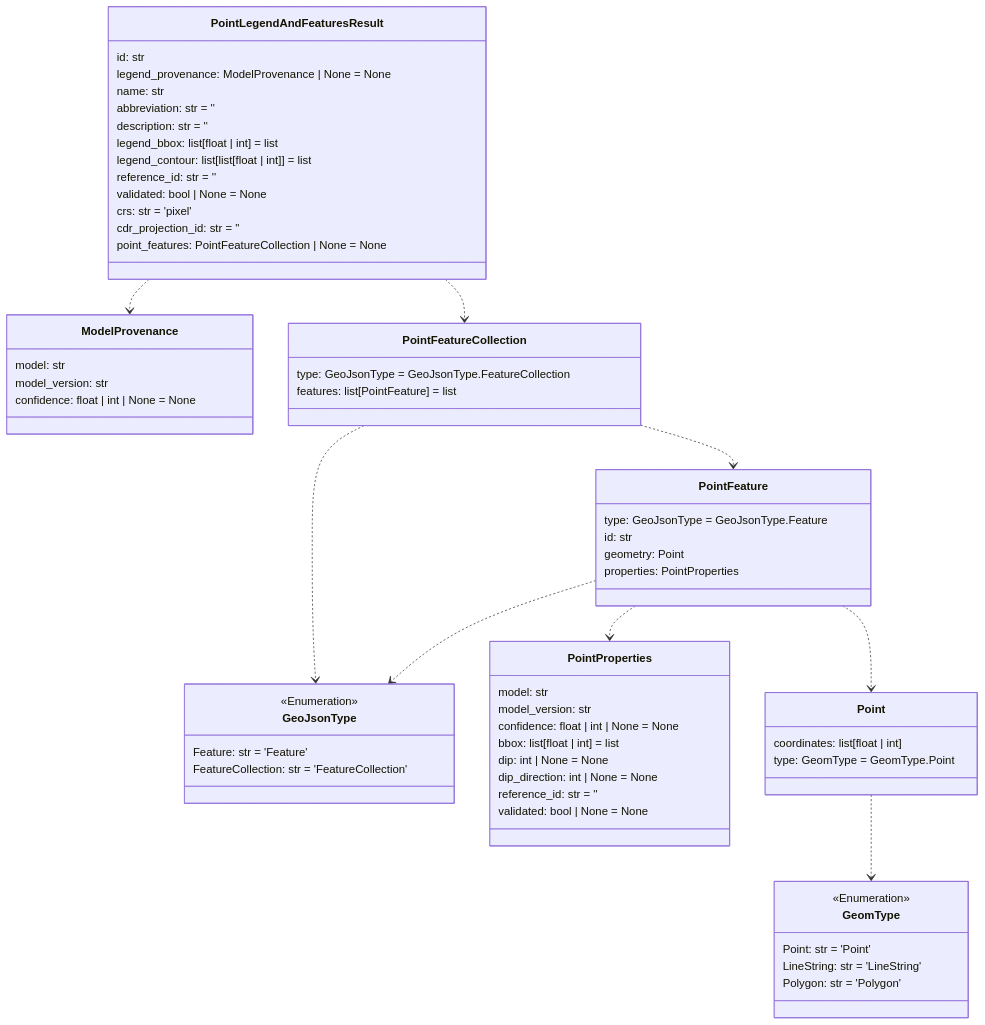
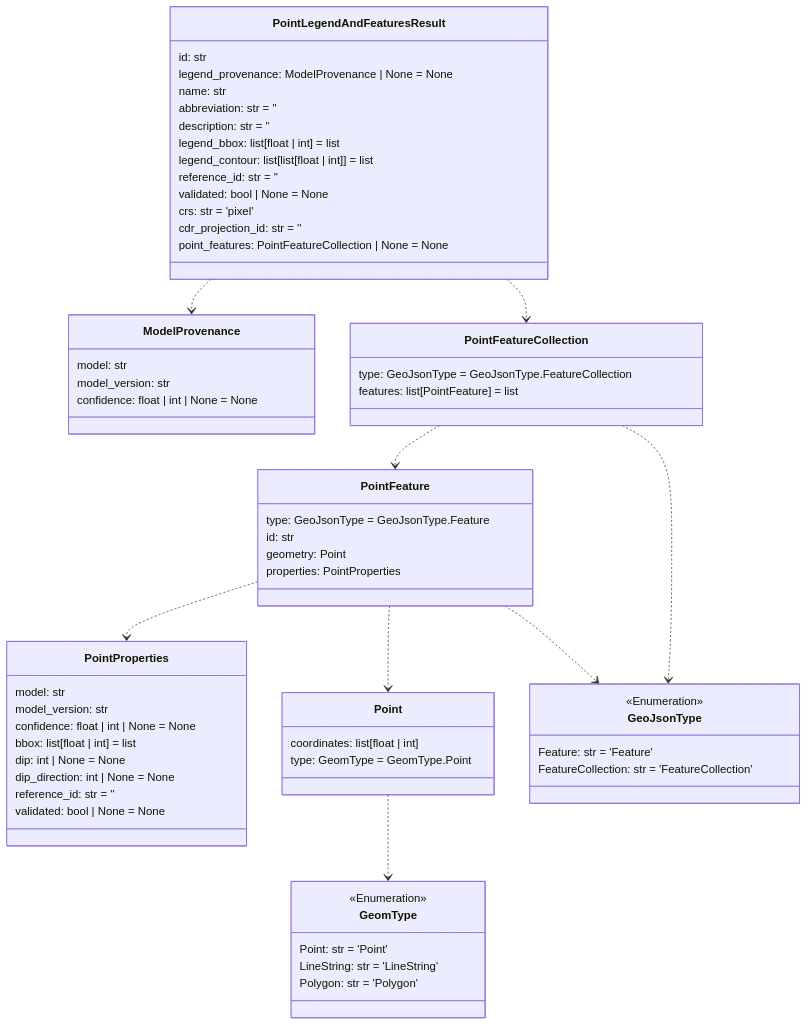
Before and after one commit to DARPA-CRITICALMAAS/cdr_schemas: the fifth of 14 diagrams in README.md, drawn with Mermaid. The commit also changed other lines of this file and 1 other file, not shown here.

````diff
--- a/README.md
+++ b/README.md
@@ -368,76 +368,76 @@
 ```mermaid
 classDiagram
 
-    class GeomType {
-        <<Enumeration>>
-        Point: str = 'Point'
-        LineString: str = 'LineString'
-        Polygon: str = 'Polygon'
-    }
-
-    class ModelProvenance {
+    class PointProperties {
         model: str
         model_version: str
         confidence: float | int | None = None
+        bbox: list[float | int] = list
+        dip: int | None = None
+        dip_direction: int | None = None
+        reference_id: str = ''
+        validated: bool | None = None
     }
 
-    class GeoJsonType {
-        <<Enumeration>>
-        Feature: str = 'Feature'
-        FeatureCollection: str = 'FeatureCollection'
+    class PointFeatureCollection {
+        type: GeoJsonType = GeoJsonType.FeatureCollection
+        features: list[PointFeature] = list
     }
 
     class PointLegendAndFeaturesResult {
         id: str
         legend_provenance: ModelProvenance | None = None
         name: str
         abbreviation: str = ''
         description: str = ''
         legend_bbox: list[float | int] = list
         legend_contour: list[list[float | int]] = list
         reference_id: str = ''
         validated: bool | None = None
         crs: str = 'pixel'
         cdr_projection_id: str = ''
         point_features: PointFeatureCollection | None = None
     }
 
+    class GeoJsonType {
+        <<Enumeration>>
+        Feature: str = 'Feature'
+        FeatureCollection: str = 'FeatureCollection'
+    }
+
     class PointFeature {
         type: GeoJsonType = GeoJsonType.Feature
         id: str
         geometry: Point
         properties: PointProperties
     }
 
-    class PointProperties {
+    class ModelProvenance {
         model: str
         model_version: str
         confidence: float | int | None = None
-        bbox: list[float | int] = list
-        dip: int | None = None
-        dip_direction: int | None = None
-        reference_id: str = ''
-        validated: bool | None = None
     }
 
-    class PointFeatureCollection {
-        type: GeoJsonType = GeoJsonType.FeatureCollection
-        features: list[PointFeature] = list
+    class GeomType {
+        <<Enumeration>>
+        Point: str = 'Point'
+        LineString: str = 'LineString'
+        Polygon: str = 'Polygon'
     }
 
     class Point {
         coordinates: list[float | int]
         type: GeomType = GeomType.Point
     }
 
     Point ..> GeomType
     PointFeature ..> PointProperties
+    PointFeature ..> Point
     PointFeature ..> GeoJsonType
-    PointFeature ..> Point
     PointFeatureCollection ..> PointFeature
     PointFeatureCollection ..> GeoJsonType
     PointLegendAndFeaturesResult ..> ModelProvenance
     PointLegendAndFeaturesResult ..> PointFeatureCollection
 
 
 ```
````
